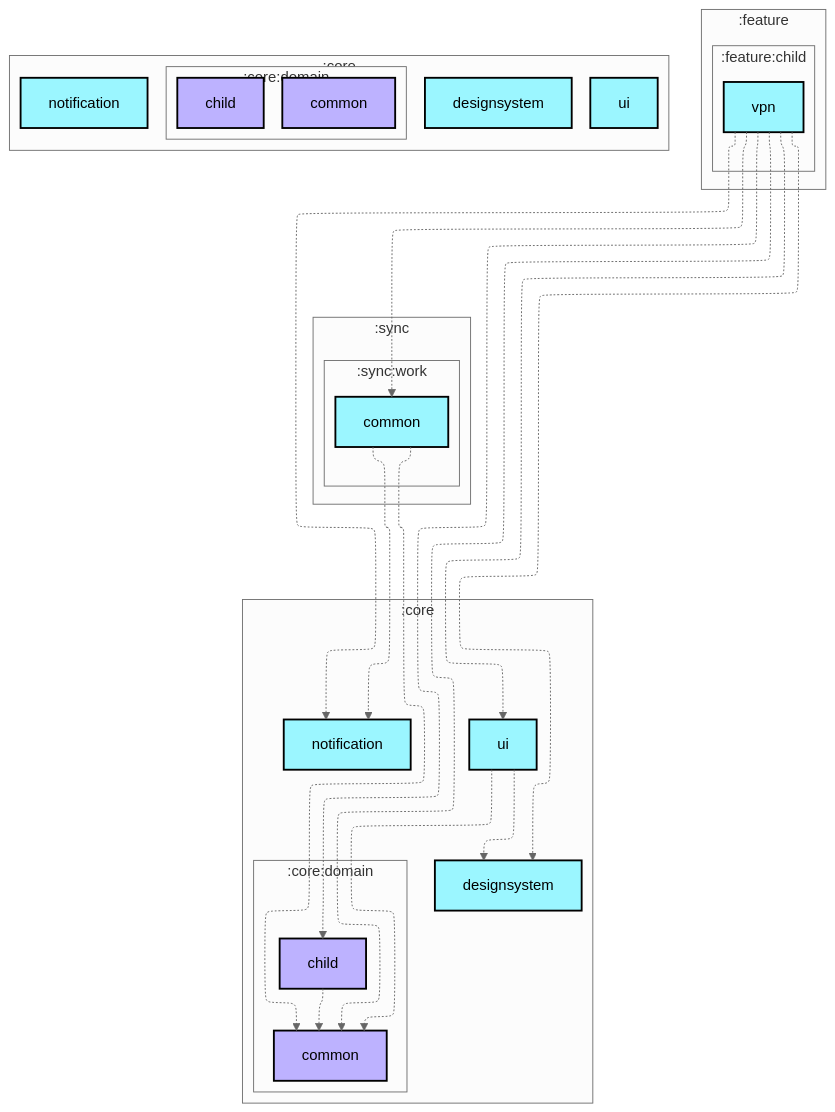
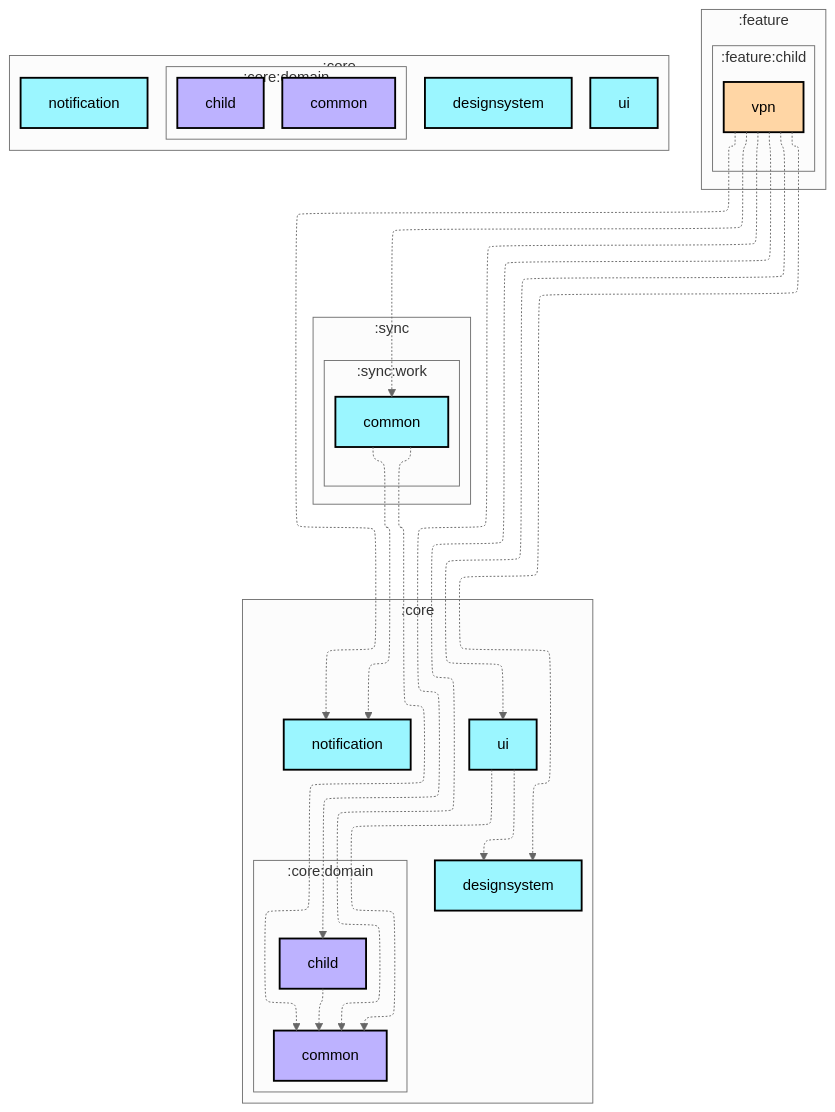
Before and after one commit to jadavchirag/jadavchirag: the first of 2 diagrams in architecture/ParentalControlApps/feature/child/vpn/README.md, drawn with Mermaid (neutral theme). The commit also changed 26 other files, not shown here.

Commit message:
fixed feature module colors in graphs

````diff
--- a/architecture/ParentalControlApps/feature/child/vpn/README.md
+++ b/architecture/ParentalControlApps/feature/child/vpn/README.md
@@ -6,56 +6,56 @@
 ```mermaid
 ---
 config:
   layout: elk
   elk:
     nodePlacementStrategy: SIMPLE
 ---
 graph TB
   subgraph :feature
     direction TB
     subgraph :feature:child
       direction TB
-      :feature:child:vpn[vpn]:::android-library
+      :feature:child:vpn[vpn]:::android-feature
     end
   end
   subgraph :core
     direction TB
     :core:designsystem[designsystem]:::android-library
     :core:notification[notification]:::android-library
     :core:ui[ui]:::android-library
   end
   subgraph :core
     direction TB
     subgraph :core:domain
       direction TB
       :core:domain:child[child]:::jvm-library
       :core:domain:common[common]:::jvm-library
     end
   end
   subgraph :sync
     direction TB
     subgraph :sync:work
       direction TB
       :sync:work:common[common]:::android-library
     end
   end
 
   :core:domain:child -.-> :core:domain:common
   :core:ui -.-> :core:designsystem
   :core:ui -.-> :core:domain:common
   :feature:child:vpn -.-> :core:designsystem
   :feature:child:vpn -.-> :core:domain:child
   :feature:child:vpn -.-> :core:domain:common
   :feature:child:vpn -.-> :core:notification
   :feature:child:vpn -.-> :core:ui
   :feature:child:vpn -.-> :sync:work:common
   :sync:work:common -.-> :core:domain:common
   :sync:work:common -.-> :core:notification
 
 classDef android-application fill:#CAFFBF,stroke:#000,stroke-width:2px,color:#000;
 classDef android-feature fill:#FFD6A5,stroke:#000,stroke-width:2px,color:#000;
 classDef android-library fill:#9BF6FF,stroke:#000,stroke-width:2px,color:#000;
 classDef android-test fill:#A0C4FF,stroke:#000,stroke-width:2px,color:#000;
 classDef jvm-library fill:#BDB2FF,stroke:#000,stroke-width:2px,color:#000;
 classDef unknown fill:#FFADAD,stroke:#000,stroke-width:2px,color:#000;
 ```
````
